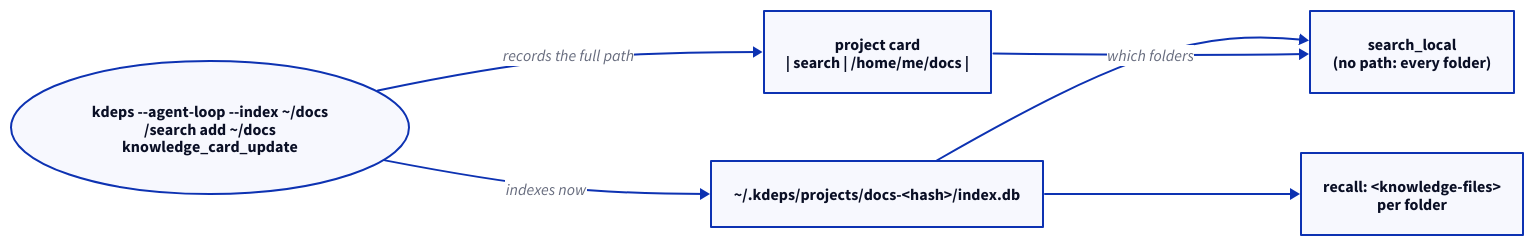
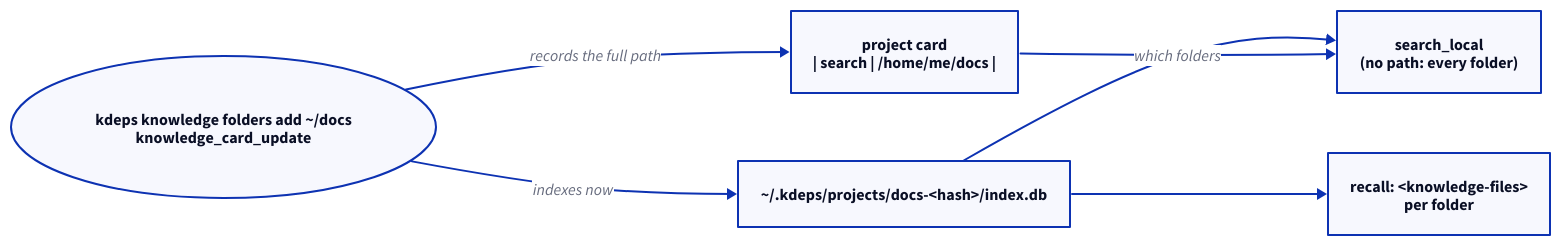
Before and after one commit to kdeps/kdeps: the fourth of 4 diagrams in docs/v2/agent/knowledge.md, drawn with D2. The commit also changed other lines of this file and 530 other files, not shown here.

````diff
--- a/docs/v2/agent/knowledge.md
+++ b/docs/v2/agent/knowledge.md
@@ -418,13 +328,13 @@
 ```d2
 direction: right
-add: "kdeps --agent-loop --index ~/docs\n/search add ~/docs\nknowledge_card_update" {shape: oval}
+add: "kdeps knowledge folders add ~/docs\nknowledge_card_update" {shape: oval}
 card: "project card\n| search | /home/me/docs |"
 index: "~/.kdeps/projects/docs-<hash>/index.db"
 recall: "recall: <knowledge-files>\nper folder"
 search: "search_local\n(no path: every folder)"
 add -> card: "records the full path"
 add -> index: "indexes now"
 index -> recall
 index -> search
 card -> search: "which folders"
 ```
````
